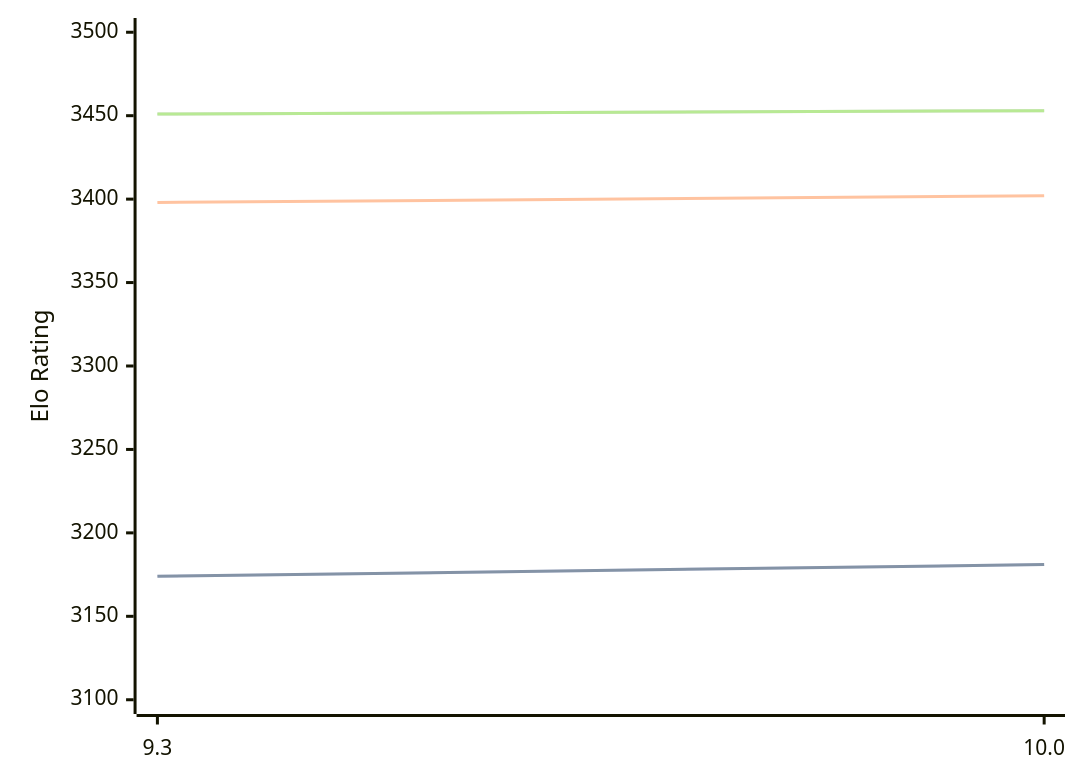
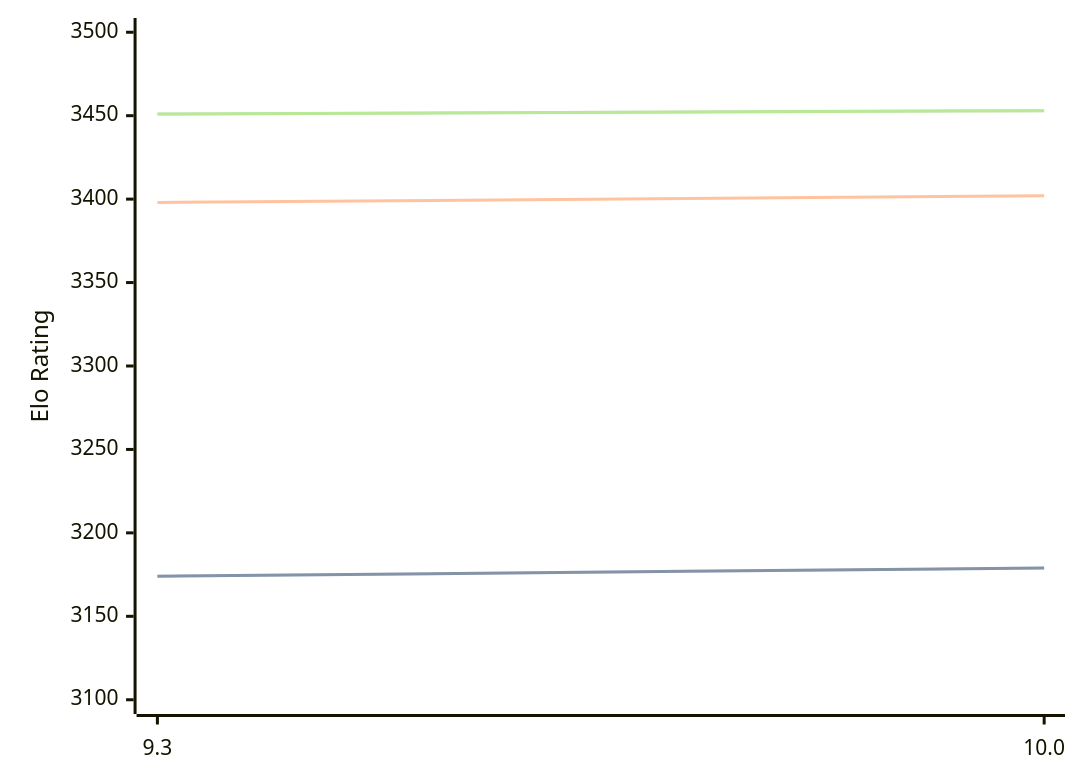
One commit to computer-chess-index/cci changed the diagram in engines/Fire.md. Above: the diagram before and after it, drawn with Mermaid. The commit also changed other lines of this file, not shown here.

Commit message:
Update CCI Ratings (ELO VLTC) - 2026-04-08

````diff
--- a/engines/Fire.md
+++ b/engines/Fire.md
@@ -47,11 +47,11 @@
 ```mermaid
 %%{init: {"theme":"base","themeVariables":{"seriesColors:['#a3a3a3','#222221','#faa371']}}}%%
 xychart-beta
   x-axis ["9.3", "10.0"]
   y-axis "Elo Rating" 3100 --> 3500
-  line "STC (8.0+0.08s)" [3174, 3181]
-  line "STC (8.0+0.08s)" [3174, 3181]
+  line "STC (8.0+0.08s)" [3174, 3179]
+  line "STC (8.0+0.08s)" [3174, 3179]
   line "LTC (60.0+0.60s)" [3398, 3402]
   line "VLTC (2m24s+1.12s)" [3451, 3453]
   line "VLTC (2m24s+1.12s)" [3451, 3453]
 ```
````
